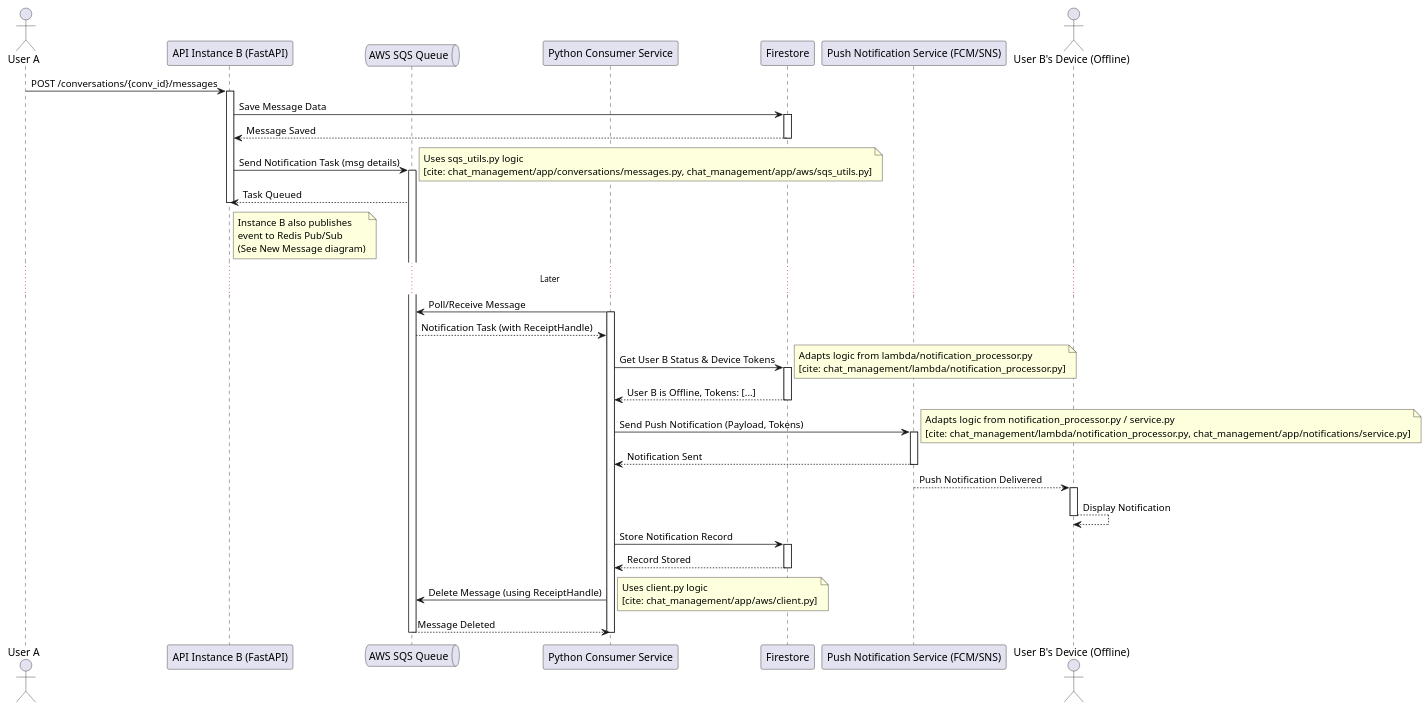
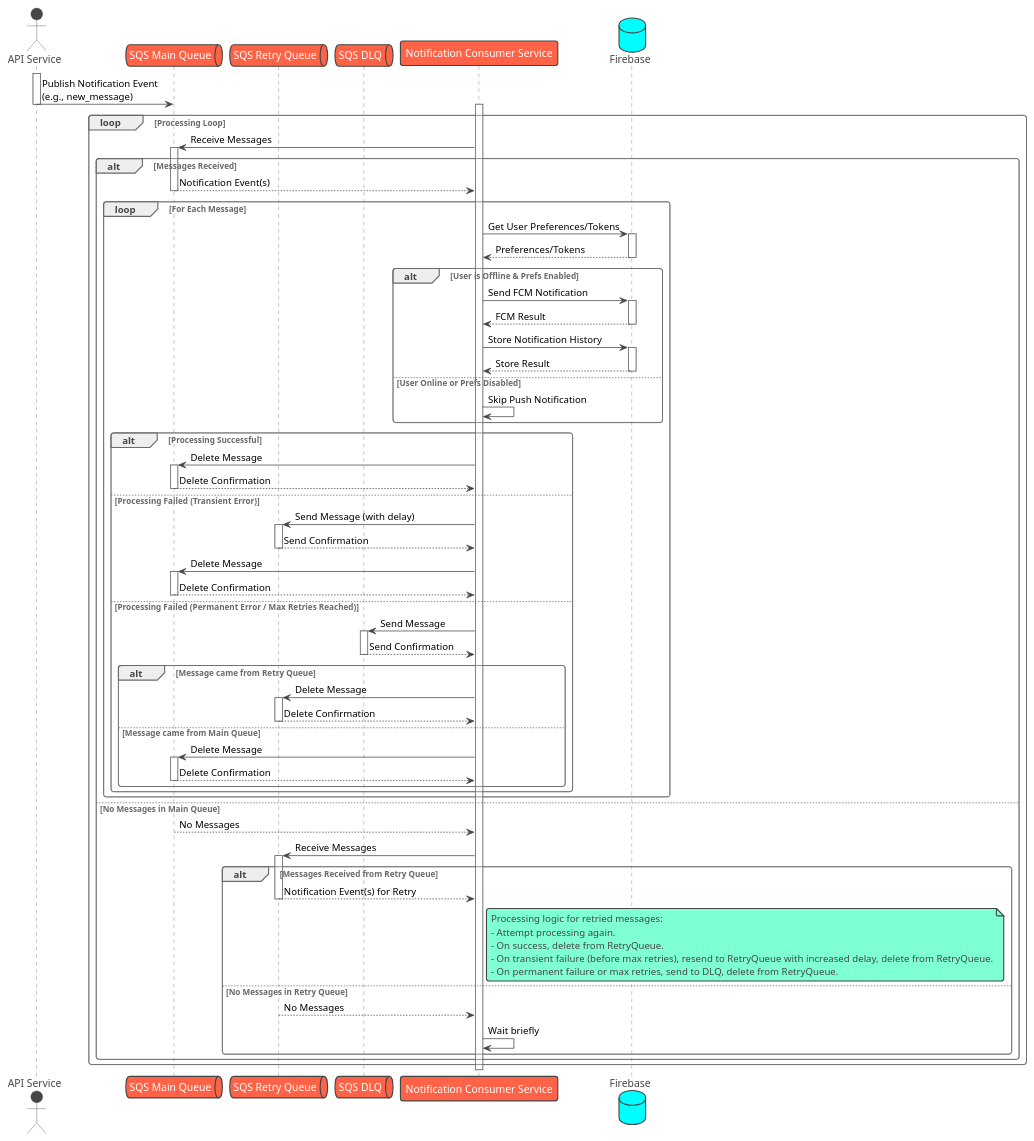
The diagram in chat_management/docs/sqs_flow/sqs_flow.puml (Software-Architecture-HCMUT-242/zalo-phake), drawn with PlantUML before and after one commit. The commit also changed 1 other file, not shown here.

```diff
--- a/chat_management/docs/sqs_flow/sqs_flow.puml
+++ b/chat_management/docs/sqs_flow/sqs_flow.puml
@@ -1,66 +1,106 @@
-@startuml SQS Flow with Python Consumer for Offline Notification
+@startuml SQS Notification Flow (No Lambda)
 
-actor "User A" as UserA
-participant "API Instance B (FastAPI)" as InstB
-queue "AWS SQS Queue" as SQS
-participant "Python Consumer Service" as Consumer
-participant "Firestore" as FS
-participant "Push Notification Service (FCM/SNS)" as PNS
-actor "User B's Device (Offline)" as UserBDevice
+!theme vibrant
 
-UserA -> InstB : POST /conversations/{conv_id}/messages
-activate InstB
+actor "API Service" as API
+queue "SQS Main Queue" as MainQueue
+queue "SQS Retry Queue" as RetryQueue
+queue "SQS DLQ" as DLQ
+participant "Notification Consumer Service" as Consumer
+database "Firebase" as Firebase
 
-InstB -> FS : Save Message Data
-activate FS
-FS --> InstB : Message Saved
-deactivate FS
+activate API
+API -> MainQueue : Publish Notification Event\n(e.g., new_message)
+deactivate API
 
-InstB -> SQS : Send Notification Task (msg details)
-note right: Uses sqs_utils.py logic \n[cite: chat_management/app/conversations/messages.py, chat_management/app/aws/sqs_utils.py]
-activate SQS
-SQS --> InstB : Task Queued
+activate Consumer
+loop Processing Loop
+    Consumer -> MainQueue : Receive Messages
+    activate MainQueue
 
-note right of InstB
-  Instance B also publishes
-  event to Redis Pub/Sub
-  (See New Message diagram)
-end note
-deactivate InstB
+    alt Messages Received
+        MainQueue --> Consumer : Notification Event(s)
+        deactivate MainQueue
 
+        loop For Each Message
+            Consumer -> Firebase : Get User Preferences/Tokens
+            activate Firebase
+            Firebase --> Consumer : Preferences/Tokens
+            deactivate Firebase
 
-... Later ...
+            alt User is Offline & Prefs Enabled
+                Consumer -> Firebase : Send FCM Notification
+                activate Firebase
+                Firebase --> Consumer : FCM Result
+                deactivate Firebase
 
-Consumer -> SQS : Poll/Receive Message
-activate Consumer
-SQS --> Consumer : Notification Task (with ReceiptHandle)
+                Consumer -> Firebase : Store Notification History
+                activate Firebase
+                Firebase --> Consumer : Store Result
+                deactivate Firebase
+            else User Online or Prefs Disabled
+                 Consumer -> Consumer: Skip Push Notification
+            end
 
-Consumer -> FS : Get User B Status & Device Tokens
-note right: Adapts logic from lambda/notification_processor.py \n[cite: chat_management/lambda/notification_processor.py]
-activate FS
-FS --> Consumer : User B is Offline, Tokens: [...]
-deactivate FS
+            alt Processing Successful
+                Consumer -> MainQueue : Delete Message
+                activate MainQueue
+                MainQueue --> Consumer : Delete Confirmation
+                deactivate MainQueue
+            else Processing Failed (Transient Error)
+                Consumer -> RetryQueue : Send Message (with delay)
+                activate RetryQueue
+                RetryQueue --> Consumer : Send Confirmation
+                deactivate RetryQueue
+                Consumer -> MainQueue : Delete Message
+                activate MainQueue
+                MainQueue --> Consumer : Delete Confirmation
+                deactivate MainQueue
+            else Processing Failed (Permanent Error / Max Retries Reached)
+                Consumer -> DLQ : Send Message
+                activate DLQ
+                DLQ --> Consumer : Send Confirmation
+                deactivate DLQ
+                 alt Message came from Retry Queue
+                      Consumer -> RetryQueue : Delete Message
+                      activate RetryQueue
+                      RetryQueue --> Consumer : Delete Confirmation
+                      deactivate RetryQueue
+                 else Message came from Main Queue
+                      Consumer -> MainQueue : Delete Message
+                      activate MainQueue
+                      MainQueue --> Consumer : Delete Confirmation
+                      deactivate MainQueue
+                 end
+            end
+        end
+    else No Messages in Main Queue
+        MainQueue --> Consumer : No Messages
+        deactivate MainQueue
 
-Consumer -> PNS : Send Push Notification (Payload, Tokens)
-note right: Adapts logic from notification_processor.py / service.py \n[cite: chat_management/lambda/notification_processor.py, chat_management/app/notifications/service.py]
-activate PNS
-PNS --> Consumer : Notification Sent
-deactivate PNS
+        ' Try processing retry queue
+        Consumer -> RetryQueue : Receive Messages
+        activate RetryQueue
+        alt Messages Received from Retry Queue
+            RetryQueue --> Consumer : Notification Event(s) for Retry
+            deactivate RetryQueue
+            ' Process retry messages (similar logic as above but targets RetryQueue for deletion/DLQ)
+            note right of Consumer
+                Processing logic for retried messages:
+                - Attempt processing again.
+                - On success, delete from RetryQueue.
+                - On transient failure (before max retries), resend to RetryQueue with increased delay, delete from RetryQueue.
+                - On permanent failure or max retries, send to DLQ, delete from RetryQueue.
+            end note
 
-PNS --> UserBDevice : Push Notification Delivered
-activate UserBDevice
-UserBDevice --> UserBDevice : Display Notification
-deactivate UserBDevice
+        else No Messages in Retry Queue
+            RetryQueue --> Consumer : No Messages
+            deactivate RetryQueue
+            Consumer -> Consumer : Wait briefly
+        end
+    end
+end
 
-Consumer -> FS : Store Notification Record
-activate FS
-FS --> Consumer : Record Stored
-deactivate FS
-
-Consumer -> SQS : Delete Message (using ReceiptHandle)
-note right: Uses client.py logic \n[cite: chat_management/app/aws/client.py]
-SQS --> Consumer : Message Deleted
-deactivate SQS
 deactivate Consumer
 
 @enduml
```
